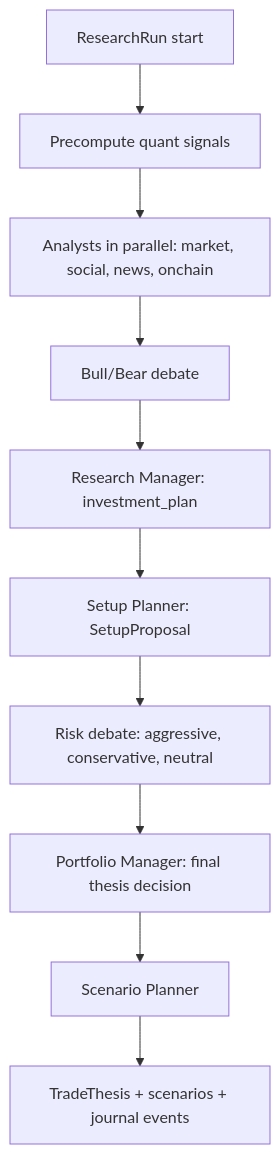
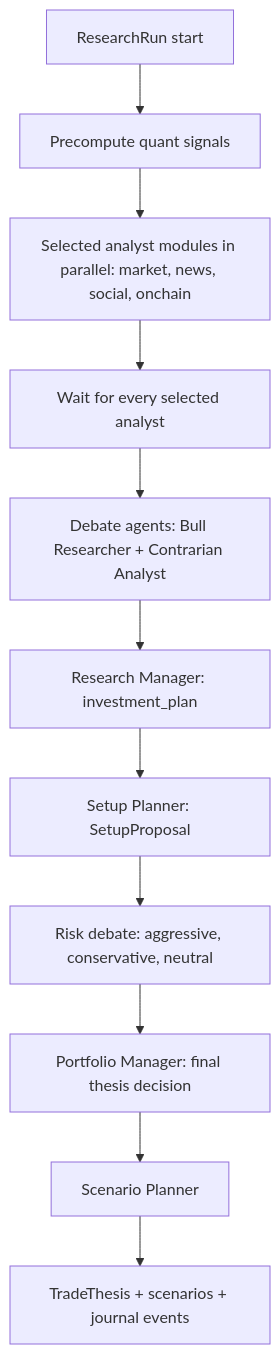
One commit to Lunamoon-dot/AI-Crypto-Research-Workstation changed the second of 6 diagrams in Workflow.md. Above: the diagram before and after it, drawn with Mermaid. The commit also changed other lines of this file and 158 other files, not shown here.

````diff
--- a/Workflow.md
+++ b/Workflow.md
@@ -35,12 +35,13 @@
 ```mermaid
 flowchart TD
     Start["ResearchRun start"] --> Quant["Precompute quant signals"]
-    Quant --> Analysts["Analysts in parallel: market, social, news, onchain"]
-    Analysts --> Debate["Bull/Bear debate"]
+    Quant --> Analysts["Selected analyst modules in parallel: market, news, social, onchain"]
+    Analysts --> Barrier["Wait for every selected analyst"]
+    Barrier --> Debate["Debate agents: Bull Researcher + Contrarian Analyst"]
     Debate --> RM["Research Manager: investment_plan"]
     RM --> Setup["Setup Planner: SetupProposal"]
     Setup --> Risk["Risk debate: aggressive, conservative, neutral"]
     Risk --> PM["Portfolio Manager: final thesis decision"]
     PM --> Scenarios["Scenario Planner"]
     Scenarios --> Thesis["TradeThesis + scenarios + journal events"]
 ```
````
